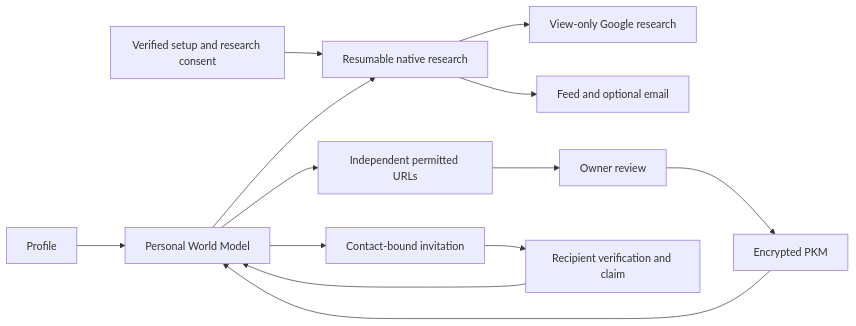
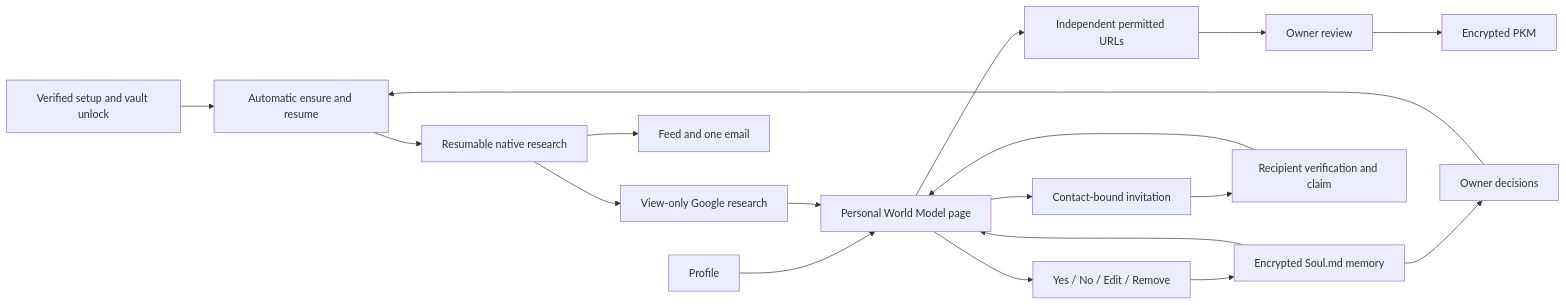
One commit to hushh-labs/hushh-research changed the diagram in docs/reference/one/personal-world-model.md. Above: the diagram before and after it, drawn with Mermaid. The commit also changed other lines of this file and 64 other files, not shown here.

First line of the commit message:
feat(one): prepare the Personal World Model automatically and review it with Yes/No

````diff
--- a/docs/reference/one/personal-world-model.md
+++ b/docs/reference/one/personal-world-model.md
@@ -7,15 +7,20 @@
 ```mermaid
 flowchart LR
-  Profile --> PWM[Personal World Model]
-  Setup[Verified setup and research consent] --> Build[Resumable native research]
-  PWM --> Build
-  Build --> Draft[View-only Google research]
-  Build --> Feed[Feed and optional email]
-  PWM --> Sources[Independent permitted URLs]
+  Setup[Verified setup and vault unlock] --> Ensure[Automatic ensure and resume]
+  Ensure --> Research[Resumable native research]
+  Research --> Draft[View-only Google research]
+  Research --> Feed[Feed and one email]
+  Profile --> Page[Personal World Model page]
+  Draft --> Page
+  Page --> Decide[Yes / No / Edit / Remove]
+  Decide --> Memory[Encrypted Soul.md memory]
+  Memory --> Decisions[Owner decisions]
+  Decisions --> Ensure
+  Memory --> Page
+  Page --> Sources[Independent permitted URLs]
   Sources --> Review[Owner review]
   Review --> PKM[Encrypted PKM]
-  PKM --> PWM
-  PWM --> Invite[Contact-bound invitation]
+  Page --> Invite[Contact-bound invitation]
   Invite --> Claim[Recipient verification and claim]
-  Claim --> PWM
+  Claim --> Page
 ```
````
